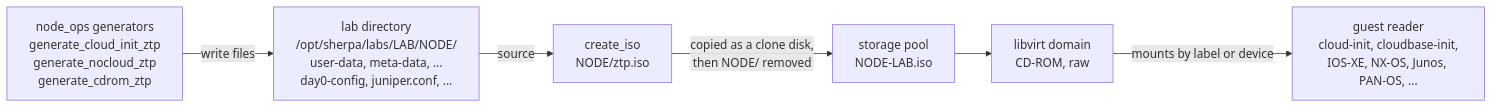
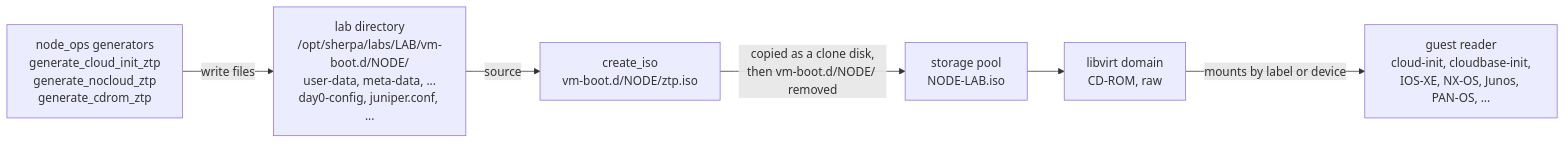
The first of 5 diagrams in docs/architecture/ZTP_ISO.md (bwks/sherpa), drawn with Mermaid before and after one commit. The commit also changed other lines of this file and 3 other files, not shown here.

First line of the commit message:
docs: VM boot files in vm-boot.d, guarded node folders, and the boot server on redeploy [skip ci]

````diff
--- a/docs/architecture/ZTP_ISO.md
+++ b/docs/architecture/ZTP_ISO.md
@@ -38,14 +38,14 @@
 ```mermaid
 flowchart LR
     gen["node_ops generators<br/>generate_cloud_init_ztp<br/>generate_nocloud_ztp<br/>generate_cdrom_ztp"]
-    dir["lab directory<br/>/opt/sherpa/labs/LAB/NODE/<br/>user-data, meta-data, ...<br/>day0-config, juniper.conf, ..."]
-    iso["create_iso<br/>NODE/ztp.iso"]
+    dir["lab directory<br/>/opt/sherpa/labs/LAB/vm-boot.d/NODE/<br/>user-data, meta-data, ...<br/>day0-config, juniper.conf, ..."]
+    iso["create_iso<br/>vm-boot.d/NODE/ztp.iso"]
     pool["storage pool<br/>NODE-LAB.iso"]
     vm["libvirt domain<br/>CD-ROM, raw"]
     guest["guest reader<br/>cloud-init, cloudbase-init,<br/>IOS-XE, NX-OS, Junos, PAN-OS, ..."]
     gen -->|"write files"| dir
     dir -->|"source"| iso
-    iso -->|"copied as a clone disk,<br/>then NODE/ removed"| pool
+    iso -->|"copied as a clone disk,<br/>then vm-boot.d/NODE/ removed"| pool
     pool --> vm
     vm -->|"mounts by label or device"| guest
 ```
````
